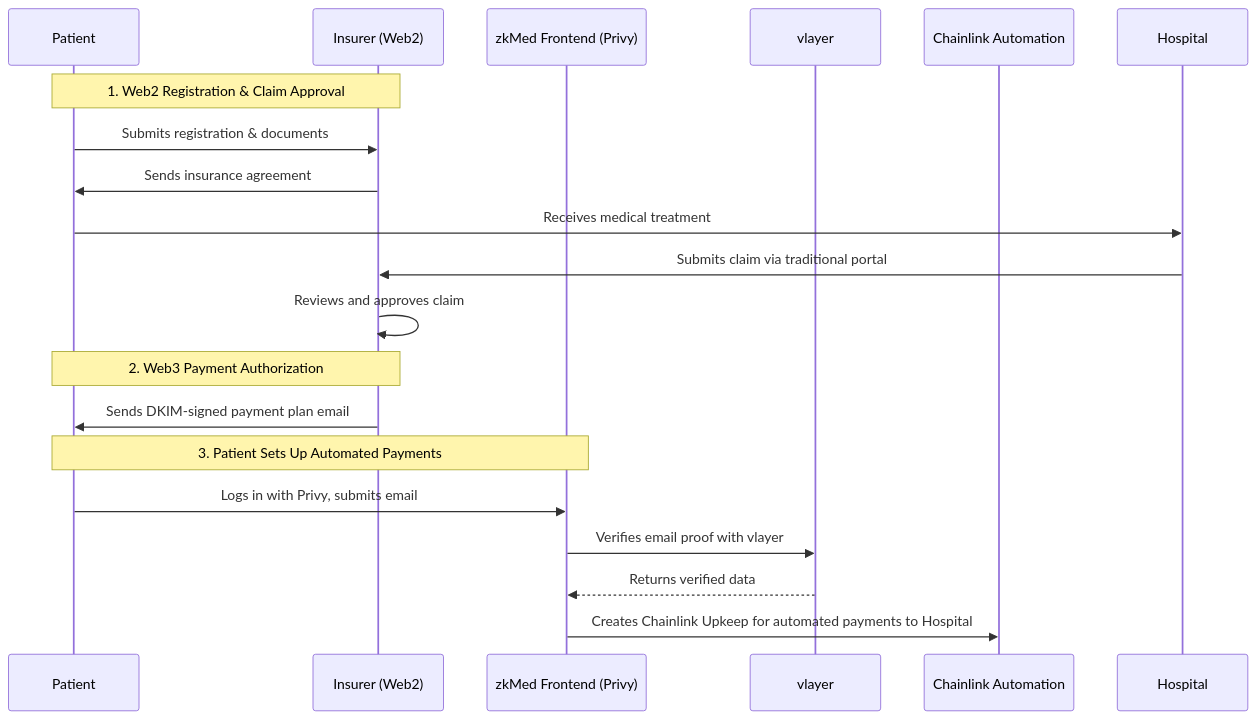
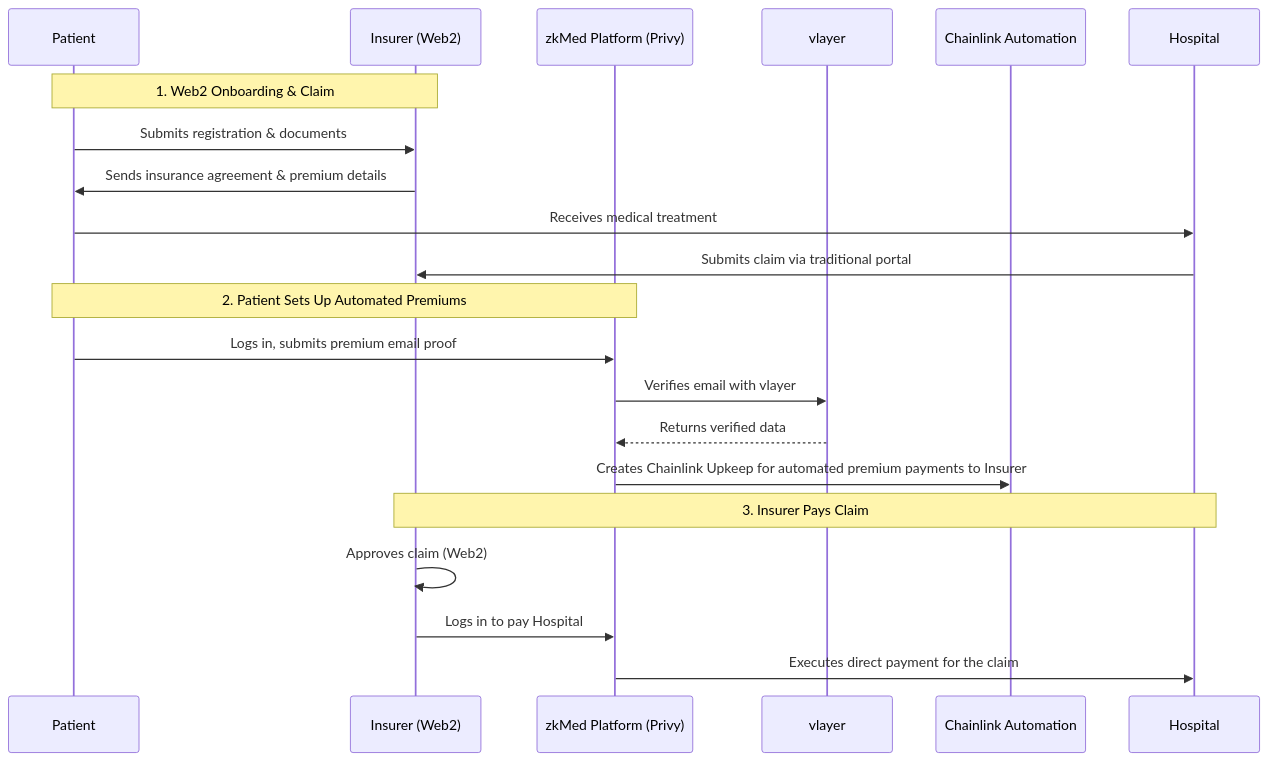
The fourth of 6 diagrams in README.md (ppezzull/zkMed), drawn with Mermaid before and after one commit. The commit also changed other lines of this file, not shown here.

````diff
--- a/README.md
+++ b/README.md
@@ -113,25 +135,26 @@
 ```mermaid
 sequenceDiagram
     participant P as Patient
     participant I as Insurer (Web2)
-    participant FE as zkMed Frontend (Privy)
+    participant Privy as zkMed Platform (Privy)
     participant V as vlayer
     participant C as Chainlink Automation
     participant H as Hospital
 
-    Note over P,I: 1. Web2 Registration & Claim Approval
+    Note over P,I: 1. Web2 Onboarding & Claim
     P->>I: Submits registration & documents
-    I->>P: Sends insurance agreement
+    I->>P: Sends insurance agreement & premium details
     P->>H: Receives medical treatment
     H->>I: Submits claim via traditional portal
-    I->>I: Reviews and approves claim
 
-    Note over I,P: 2. Web3 Payment Authorization
-    I->>P: Sends DKIM-signed payment plan email
+    Note over P,Privy: 2. Patient Sets Up Automated Premiums
+    P->>Privy: Logs in, submits premium email proof
+    Privy->>V: Verifies email with vlayer
+    V-->>Privy: Returns verified data
+    Privy->>C: Creates Chainlink Upkeep for automated premium payments to Insurer
 
-    Note over P,FE: 3. Patient Sets Up Automated Payments
-    P->>FE: Logs in with Privy, submits email
-    FE->>V: Verifies email proof with vlayer
-    V-->>FE: Returns verified data
-    FE->>C: Creates Chainlink Upkeep for automated payments to Hospital
+    Note over I,H: 3. Insurer Pays Claim
+    I->>I: Approves claim (Web2)
+    I->>Privy: Logs in to pay Hospital
+    Privy->>H: Executes direct payment for the claim
 ```
````
